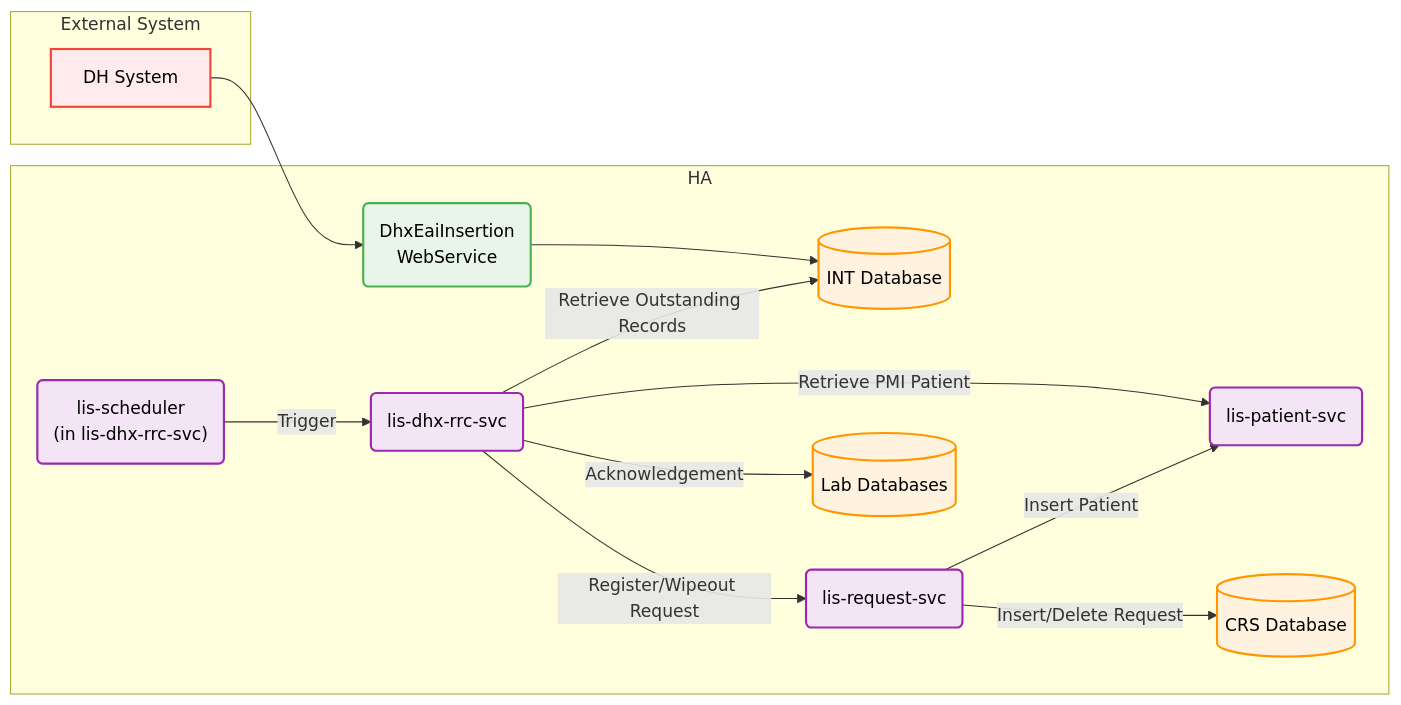
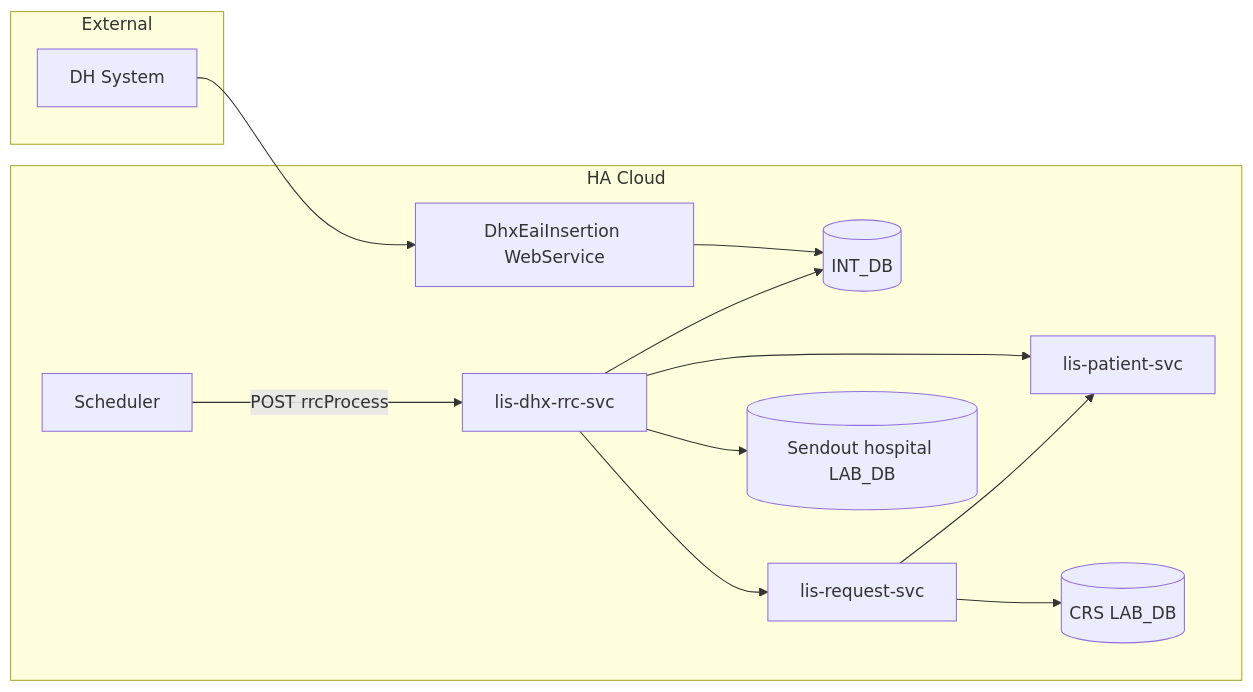
Before and after one commit to DragonChong/HA-Notes: the third of 3 diagrams in LIS/JIRA/Develop cloud application `lis-dhx-rrc-svc` to replace the legacy RRC worker and support dynamic Sybase-PostgreSQL database connectivity during DB migration.md, drawn with Mermaid. The commit also changed other lines of this file, not shown here.

````diff
--- a/LIS/JIRA/Develop cloud application `lis-dhx-rrc-svc` to replace the legacy RRC worker and support dynamic Sybase-PostgreSQL database connectivity during DB migration.md
+++ b/LIS/JIRA/Develop cloud application `lis-dhx-rrc-svc` to replace the legacy RRC worker and support dynamic Sybase-PostgreSQL database connectivity during DB migration.md
@@ -159,37 +191,24 @@
 ```mermaid
 flowchart LR
-    subgraph External["External System"]
-            DH["DH System"]
+    subgraph External["External"]
+        DH["DH System"]
     end
-    subgraph Internal["HA"]
-            WS("DhxEaiInsertion <br> WebService")
-            INT_DB[("INT Database")]
-            SCH_SVC("lis-scheduler<br>(in lis-dhx-rrc-svc)")
-            RRC_SVC("lis-dhx-rrc-svc")
-            PAT_SVC("lis-patient-svc")
-            REQ_SVC("lis-request-svc")
-            CRS_DB[("CRS Database")]
-            LAB_DB[("Lab Databases")]
+    subgraph HA["HA Cloud"]
+        WS["DhxEaiInsertion WebService"]
+        INT_DB[("INT_DB")]
+        SCH["Scheduler"]
+        RRC["lis-dhx-rrc-svc"]
+        PAT["lis-patient-svc"]
+        REQ["lis-request-svc"]
+        CRS_DB[("CRS LAB_DB")]
+        HOSP_DB[("Sendout hospital LAB_DB")]
     end
-    DH --> WS
-    WS --> INT_DB
-    SCH_SVC -- Trigger--> RRC_SVC
-    RRC_SVC -- Retrieve Outstanding Records --> INT_DB
-    RRC_SVC -- Retrieve PMI Patient --> PAT_SVC
-    RRC_SVC -- Register/Wipeout Request --> REQ_SVC
-    REQ_SVC -- Insert/Delete Request --> CRS_DB
-    REQ_SVC -- Insert Patient --> PAT_SVC
-    RRC_SVC -- Acknowledgement --> LAB_DB
-
-    classDef external fill:#ffebee,stroke:#f44336,stroke-width:2px,color:#000
-    classDef internal fill:#e3f2fd,stroke:#2196f3,stroke-width:2px,color:#000
-    classDef webservice fill:#e8f5e8,stroke:#4caf50,stroke-width:2px,color:#000
-    classDef database fill:#fff3e0,stroke:#ff9800,stroke-width:2px,color:#000
-    classDef service fill:#f3e5f5,stroke:#9c27b0,stroke-width:2px,color:#000
-
-    class DH external
-    class WS webservice
-    class INT_DB,CRS_DB,LAB_DB database
-    class RRC_SVC,PAT_SVC,REQ_SVC,SCH_SVC service
-
+    DH --> WS --> INT_DB
+    SCH -->|POST rrcProcess| RRC
+    RRC --> INT_DB
+    RRC --> PAT
+    RRC --> REQ
+    REQ --> CRS_DB
+    REQ --> PAT
+    RRC --> HOSP_DB
 ```
````
